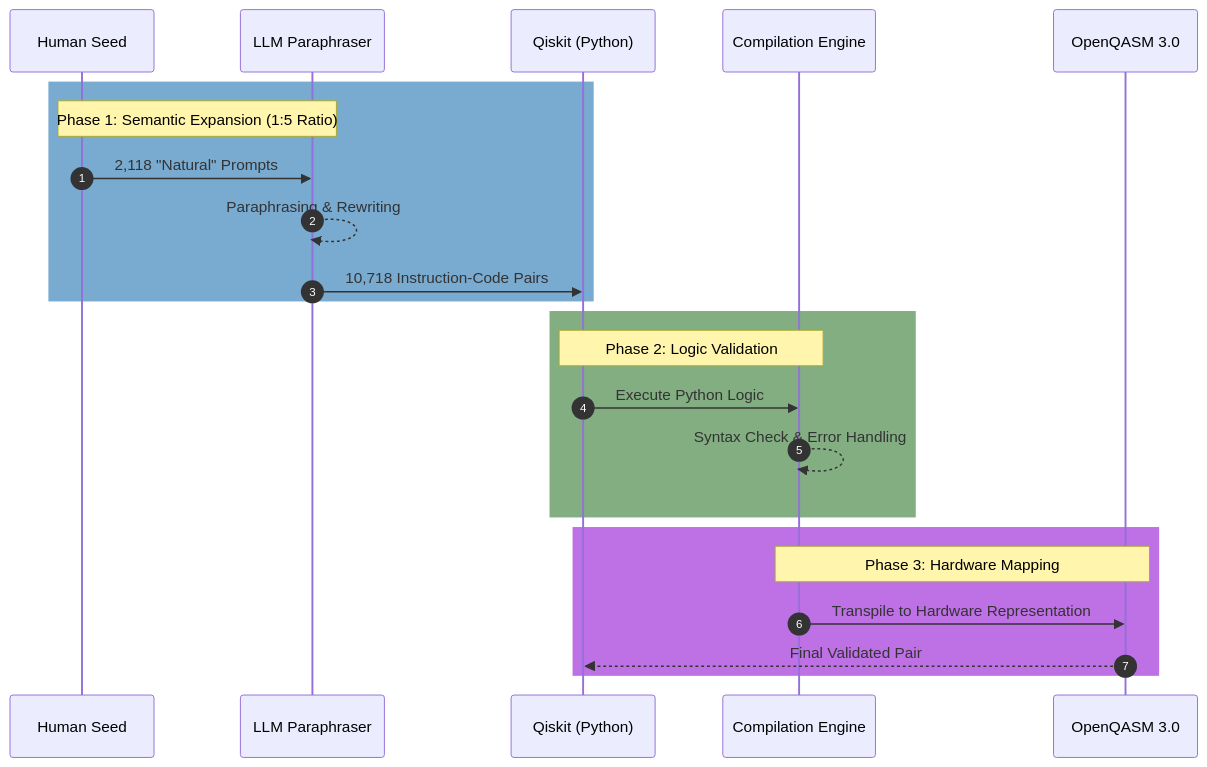
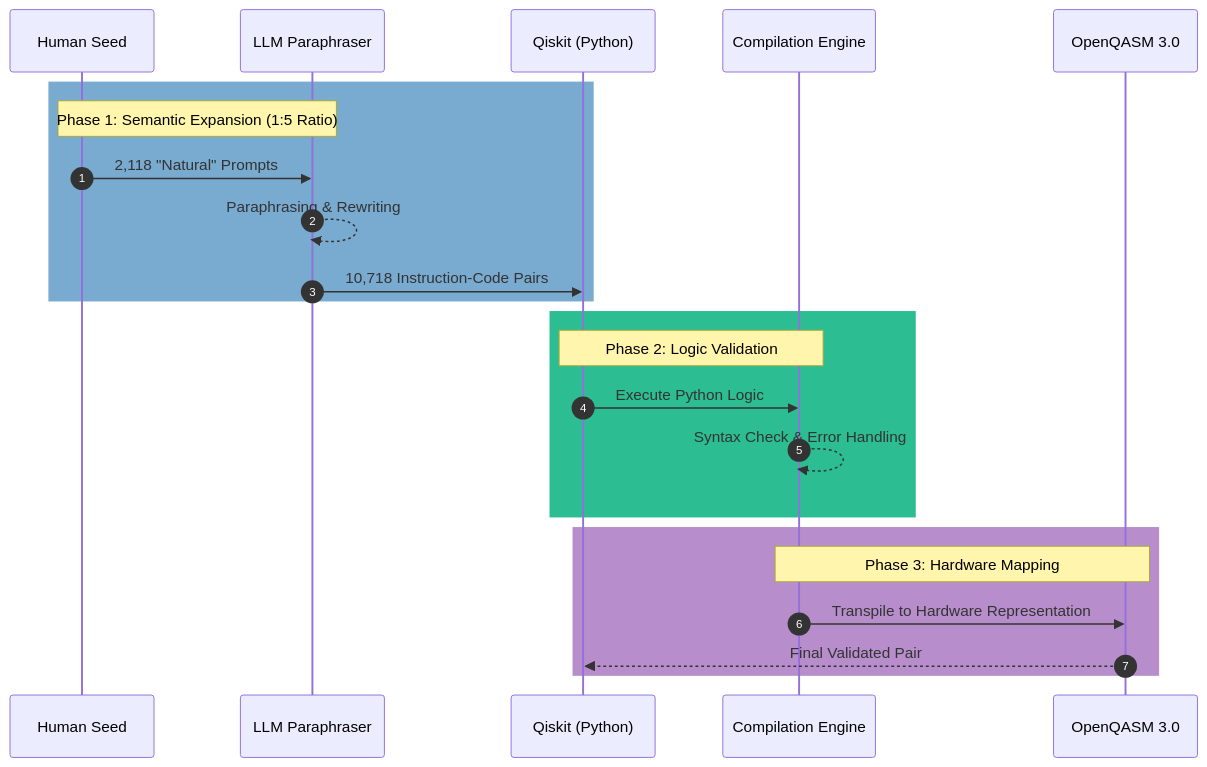
The second of 4 diagrams in README.md (Elias-Abebe-Gasparini/PQID-Dataset), drawn with Mermaid before and after one commit. The commit also changed other lines of this file, not shown here.

````diff
--- a/README.md
+++ b/README.md
@@ -132,28 +132,28 @@
 ```mermaid
 sequenceDiagram
     autonumber
     participant H as Human Seed
     participant LLM as LLM Paraphraser
     participant QK as Qiskit (Python)
     participant VAL as Compilation Engine
     participant Q3 as OpenQASM 3.0
 
     rect rgb(121, 170, 208)
     Note over H,LLM: Phase 1: Semantic Expansion (1:5 Ratio)
     H->>LLM: 2,118 "Natural" Prompts
     LLM-->>LLM: Paraphrasing & Rewriting
     LLM->>QK: 10,718 Instruction-Code Pairs
     end
 
-    rect rgb(130, 174, 130)
+    rect rgb(44, 189, 146)
     Note over QK,VAL: Phase 2: Logic Validation
     QK->>VAL: Execute Python Logic
     VAL-->>VAL: Syntax Check & Error Handling
     end
     
-    rect rgb(190, 112, 229)
+    rect rgb(183, 142, 203)
     Note over VAL,Q3: Phase 3: Hardware Mapping
     VAL->>Q3: Transpile to Hardware Representation
     Q3-->>QK: Final Validated Pair
     end
 ```
````
